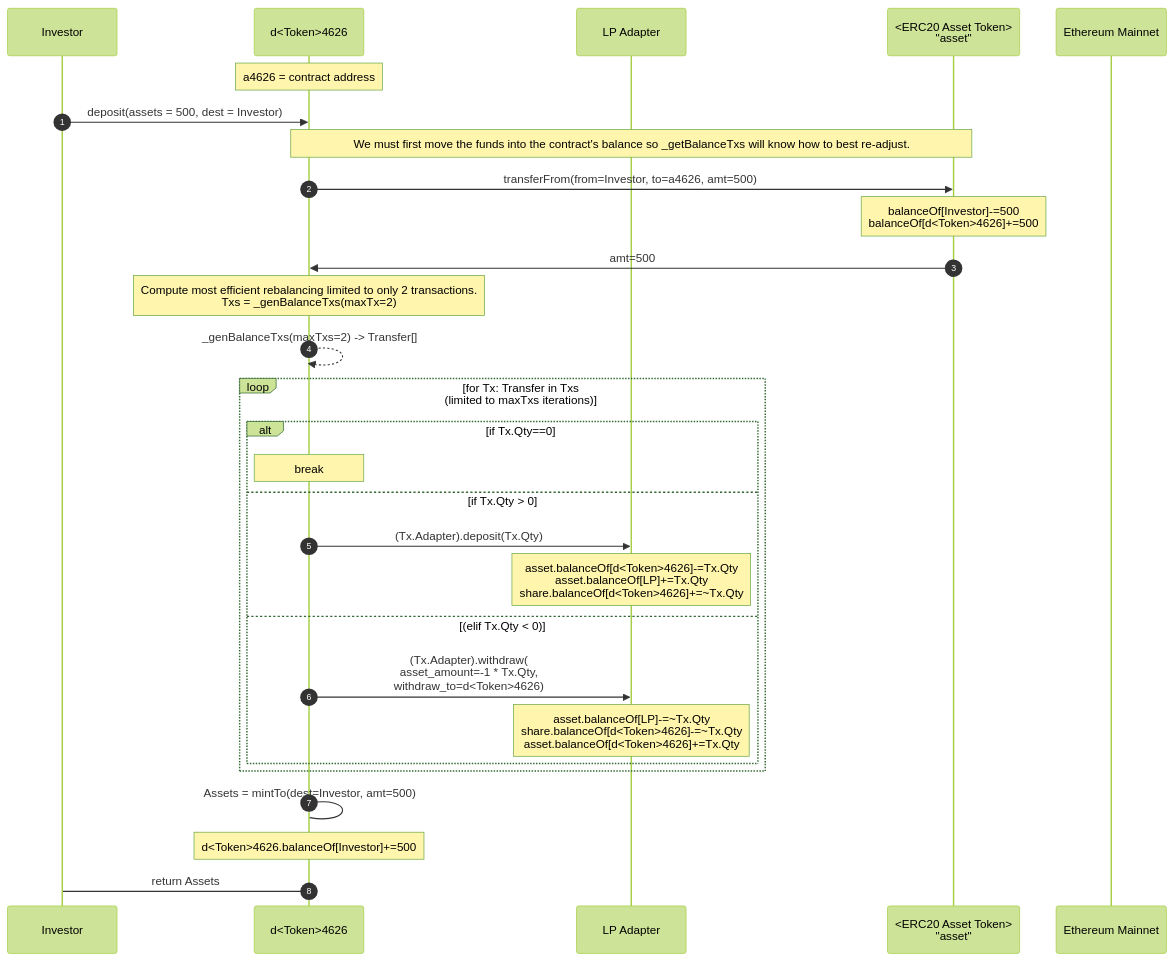
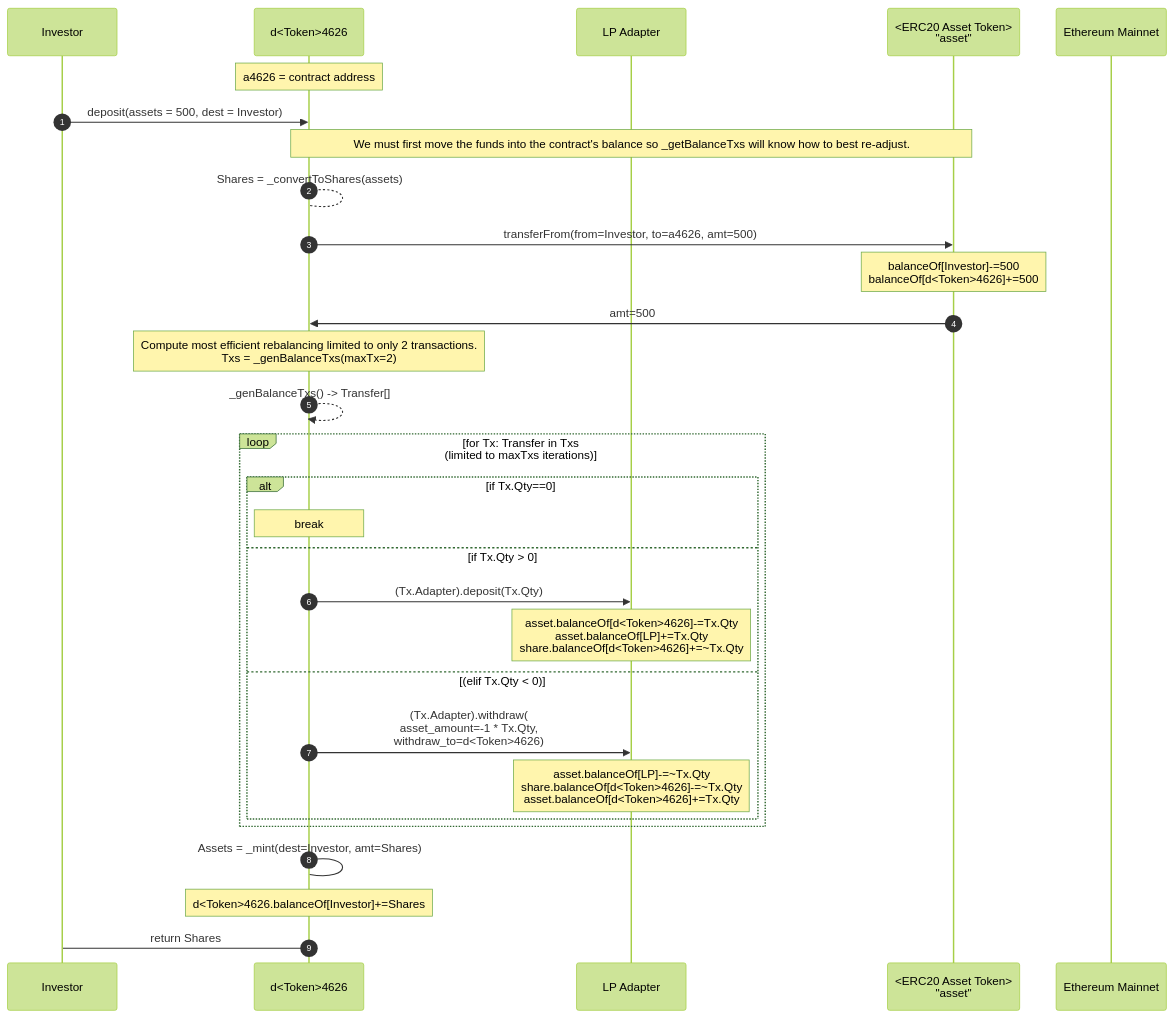
One commit to DynamoFinance/vault changed the first of 2 diagrams in docs/Dynamo4626.md. Above: the diagram before and after it, drawn with Mermaid (forest theme).

Commit message:
Clarify Shares parameters.

````diff
--- a/docs/Dynamo4626.md
+++ b/docs/Dynamo4626.md
@@ -50,45 +50,49 @@
 ```mermaid
 sequenceDiagram
     participant u as Investor
     participant a4626 as d<Token>4626
     participant lpa as LP Adapter
     participant asset as <ERC20 Asset Token><br>"asset"
     #participant lp as LP
     #participant share as <ERC20 LP Share>
     participant eth as Ethereum Mainnet
   
     note over a4626: a4626 = contract address
 
     autonumber
     u->>a4626:deposit(assets = 500, dest = Investor)
 
-        note over a4626, asset: We must first move the funds into the contract's balance so _getBalanceTxs will know how to best re-adjust.     
+        note over a4626, asset: We must first move the funds into the contract's balance so _getBalanceTxs will know how to best re-adjust.    
+        a4626-->a4626: Shares = _convertToShares(assets)
         a4626->>asset: transferFrom(from=Investor, to=a4626, amt=500)
         Note over asset: balanceOf[Investor]-=500<br>balanceOf[d<Token>4626]+=500
         asset->>a4626: amt=500
       
   
         Note over a4626: Compute most efficient rebalancing limited to only 2 transactions.<br>Txs = _genBalanceTxs(maxTx=2)
-        a4626-->>a4626: _genBalanceTxs(maxTxs=2) -> Transfer[]
+        a4626-->>a4626: _genBalanceTxs() -> Transfer[]
+
+
+
         loop for Tx: Transfer in Txs<br>(limited to maxTxs iterations)
             alt if Tx.Qty==0
                 note over a4626: break
             else if Tx.Qty > 0
                 a4626->>lpa: (Tx.Adapter).deposit(Tx.Qty)
                     note over lpa: asset.balanceOf[d<Token>4626]-=Tx.Qty<br>asset.balanceOf[LP]+=Tx.Qty<br>share.balanceOf[d<Token>4626]+=~Tx.Qty
                       
             else (elif Tx.Qty < 0)
                 a4626->>lpa: (Tx.Adapter).withdraw(<br>asset_amount=-1 * Tx.Qty,<br>withdraw_to=d<Token>4626)
                     note over lpa: asset.balanceOf[LP]-=~Tx.Qty<br>share.balanceOf[d<Token>4626]-=~Tx.Qty<br>asset.balanceOf[d<Token>4626]+=Tx.Qty
             end
         end
       
-        a4626->a4626: Assets = mintTo(dest=Investor, amt=500)
-            note over a4626:d<Token>4626.balanceOf[Investor]+=500
+        a4626->a4626: Assets = _mint(dest=Investor, amt=Shares)
+            note over a4626:d<Token>4626.balanceOf[Investor]+=Shares
       
-        a4626->u: return Assets
+        a4626->u: return Shares
       
                
   
   
 ```
````
